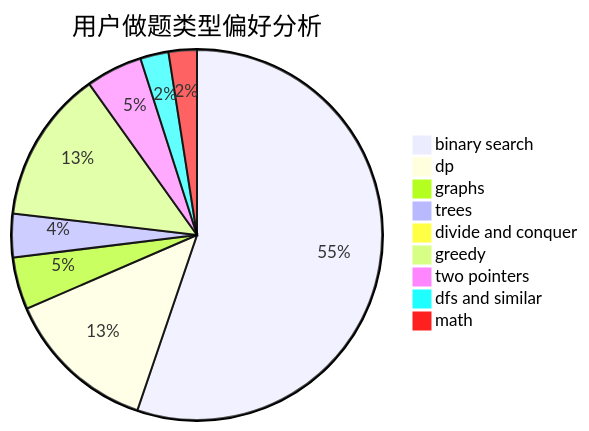
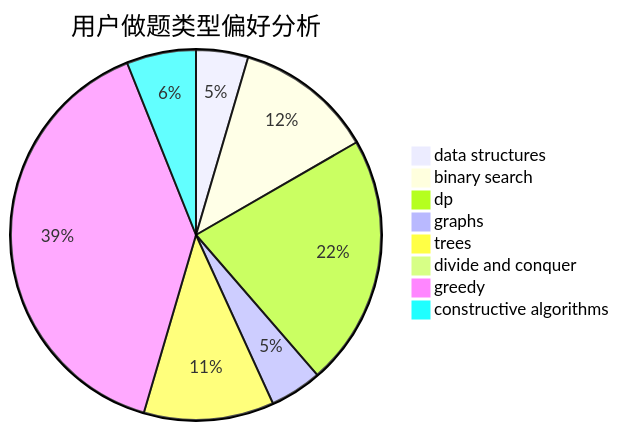
Before and after one commit to sherpahu/cfrs.github.io: the second of 3 diagrams in docs/user/u2702.md, drawn with Mermaid. The commit also changed other lines of this file and 2775 other files, not shown here.

````diff
--- a/docs/user/u2702.md
+++ b/docs/user/u2702.md
@@ -23,12 +23,11 @@
 ```mermaid
 pie title 用户做题类型偏好分析
-    "binary search" :  291
-    "dp" :  70
-    "graphs" :  24
-    "trees" :  20
+    "data structures" :  6
+    "binary search" :  16
+    "dp" :  29
+    "graphs" :  6
+    "trees" :  15
     "divide and conquer" :  0
-    "greedy" :  70
-    "two pointers" :  26
-    "dfs and similar" :  13
-    "math" :  13
+    "greedy" :  52
+    "constructive algorithms" :  8
 ```
````
